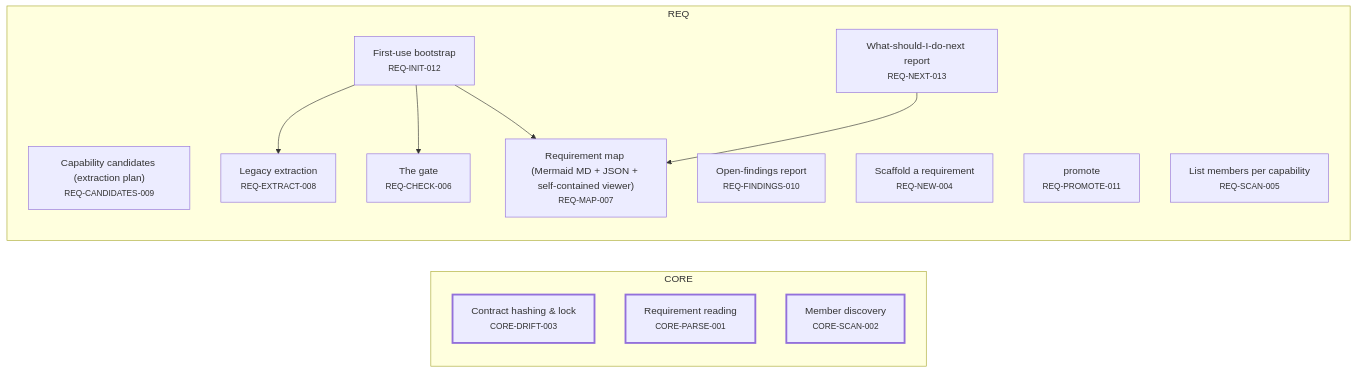
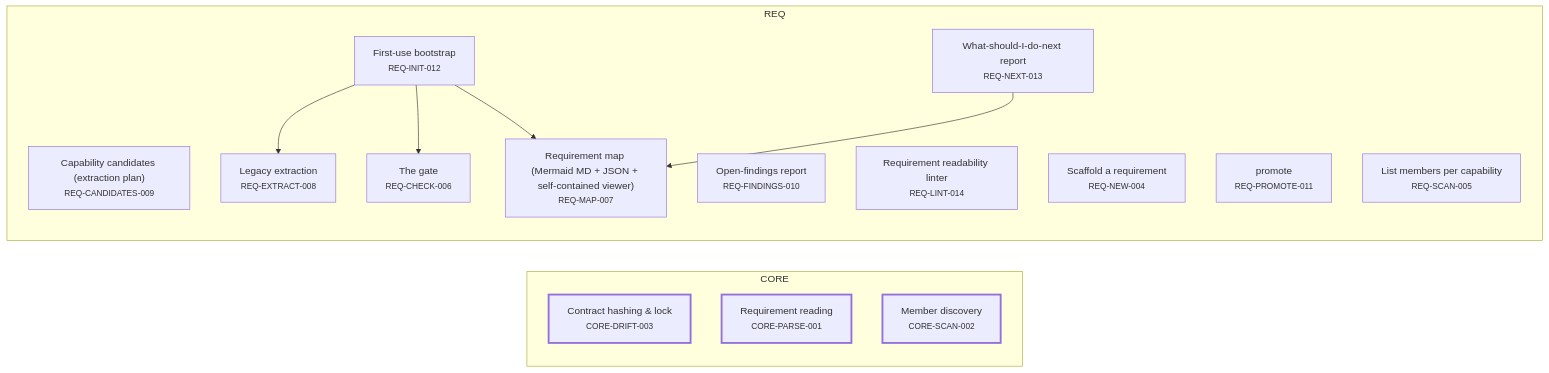
The first of 4 diagrams in plugin/requirements/_map.md (alxmax/Requirement-manager), drawn with Mermaid before and after one commit. The commit also changed other lines of this file and 11 other files, not shown here.

First line of the commit message:
feat(engine): add lint command for requirement readability

````diff
--- a/plugin/requirements/_map.md
+++ b/plugin/requirements/_map.md
@@ -13,27 +13,28 @@
 ```mermaid
 graph LR
   subgraph sg_CORE["CORE"]
     CORE_DRIFT_003["Contract hashing & lock<br><small>CORE-DRIFT-003</small>"]
     CORE_PARSE_001["Requirement reading<br><small>CORE-PARSE-001</small>"]
     CORE_SCAN_002["Member discovery<br><small>CORE-SCAN-002</small>"]
   end
   subgraph sg_REQ["REQ"]
     REQ_CANDIDATES_009["Capability candidates (extraction plan)<br><small>REQ-CANDIDATES-009</small>"]
     REQ_CHECK_006["The gate<br><small>REQ-CHECK-006</small>"]
     REQ_EXTRACT_008["Legacy extraction<br><small>REQ-EXTRACT-008</small>"]
     REQ_FINDINGS_010["Open-findings report<br><small>REQ-FINDINGS-010</small>"]
     REQ_INIT_012["First-use bootstrap<br><small>REQ-INIT-012</small>"]
+    REQ_LINT_014["Requirement readability linter<br><small>REQ-LINT-014</small>"]
     REQ_MAP_007["Requirement map (Mermaid MD + JSON + self-contained viewer)<br><small>REQ-MAP-007</small>"]
     REQ_NEW_004["Scaffold a requirement<br><small>REQ-NEW-004</small>"]
     REQ_NEXT_013["What-should-I-do-next report<br><small>REQ-NEXT-013</small>"]
     REQ_PROMOTE_011["promote<br><small>REQ-PROMOTE-011</small>"]
     REQ_SCAN_005["List members per capability<br><small>REQ-SCAN-005</small>"]
   end
   REQ_INIT_012 --> REQ_EXTRACT_008
   REQ_INIT_012 --> REQ_CHECK_006
   REQ_INIT_012 --> REQ_MAP_007
   REQ_NEXT_013 --> REQ_MAP_007
   style CORE_DRIFT_003 stroke-width:3px
   style CORE_PARSE_001 stroke-width:3px
   style CORE_SCAN_002 stroke-width:3px
 ```
````
